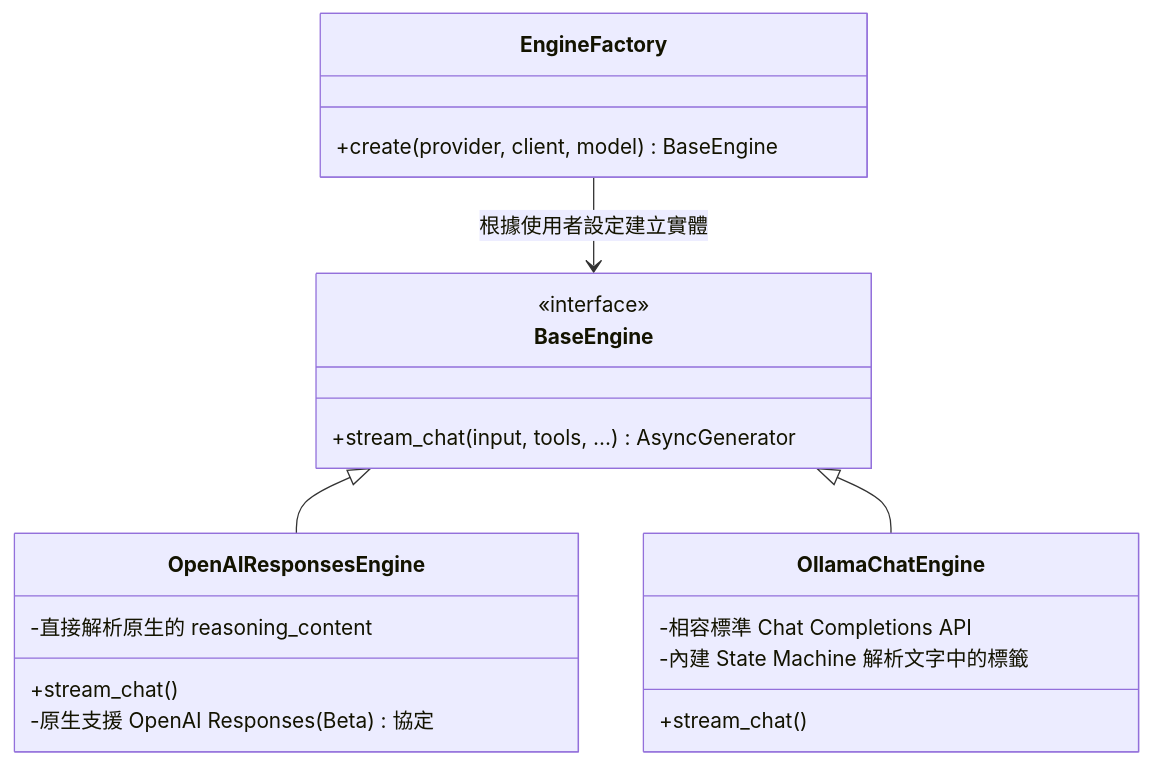
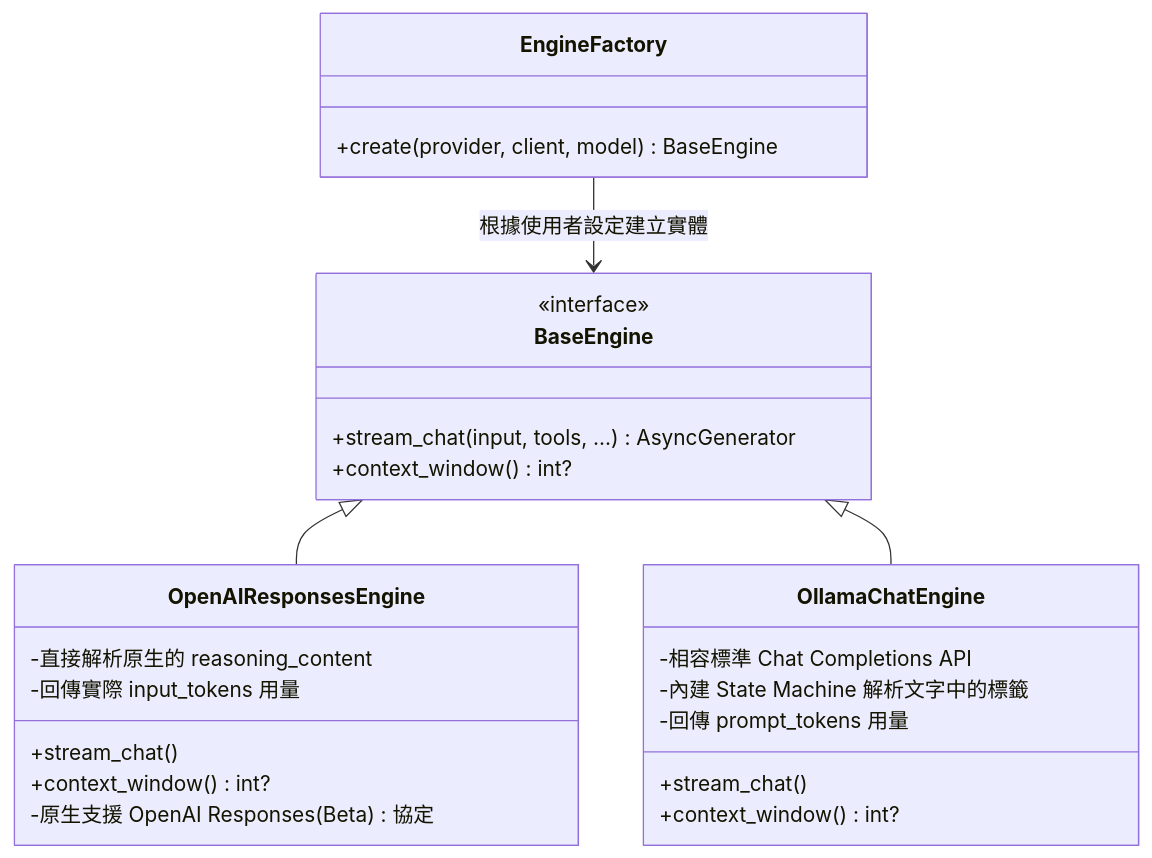
The first of 2 diagrams in docs/llm-adapter-architecture.md (zanta0529/pocket-agent), drawn with Mermaid before and after one commit. The commit also changed 2 other files, not shown here.

Commit message:
docs(architecture): add context management architecture and update instructions
- Introduce Context Budget architecture documentation to prevent Context Overflow
- Update project instructions with dynamic budget management and file reading limits
- Enhance LLM adapter architecture diagrams to reflect context window resolution

````diff
--- a/docs/llm-adapter-architecture.md
+++ b/docs/llm-adapter-architecture.md
@@ -9,27 +9,32 @@
 ```mermaid
 classDiagram
     class BaseEngine {
         <<interface>>
         +stream_chat(input, tools, ...) AsyncGenerator
+        +context_window() int?
     }
 
     class OpenAIResponsesEngine {
         +stream_chat()
+        +context_window() int?
         -原生支援 OpenAI Responses (Beta) 協定
         -直接解析原生的 reasoning_content
+        -回傳實際 input_tokens 用量
     }
 
     class OllamaChatEngine {
         +stream_chat()
+        +context_window() int?
         -相容標準 Chat Completions API
         -內建 State Machine 解析文字中的標籤
+        -回傳 prompt_tokens 用量
     }
 
     class EngineFactory {
         +create(provider, client, model) BaseEngine
     }
 
     BaseEngine <|-- OpenAIResponsesEngine
     BaseEngine <|-- OllamaChatEngine
     EngineFactory --> BaseEngine: 根據使用者設定建立實體
 ```
````
